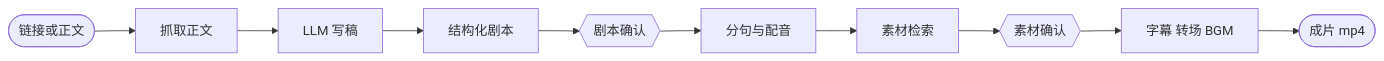
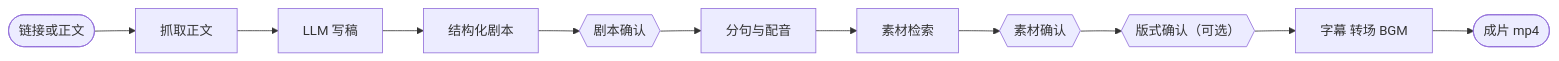
Before and after one commit to chenwr727/AI-Short-Video-Engine: the diagram in README.md, drawn with Mermaid. The commit also changed other lines of this file and 50 other files, not shown here.

````diff
--- a/README.md
+++ b/README.md
@@ -141,12 +142,13 @@
 ```mermaid
 flowchart LR
     A([链接或正文]) --> B[抓取正文]
     B --> C[LLM 写稿]
     C --> D[结构化剧本]
     D --> E{{剧本确认}}
     E --> F[分句与配音]
     F --> G[素材检索]
     G --> H{{素材确认}}
-    H --> I[字幕 转场 BGM]
+    H --> HC{{版式确认（可选）}}
+    HC --> I[字幕 转场 BGM]
     I --> J([成片 mp4])
 ```
````
